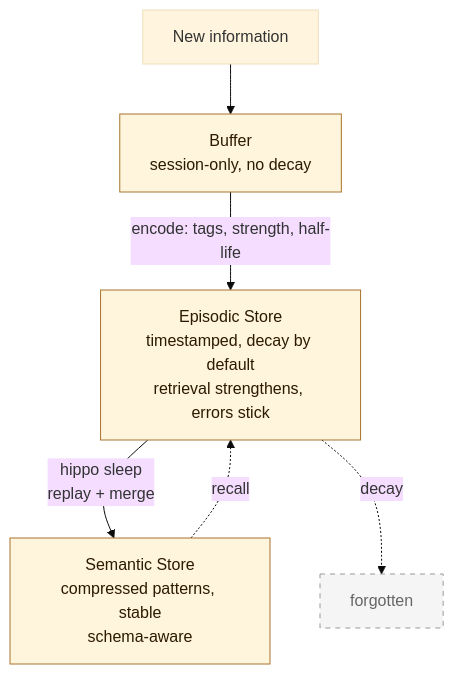
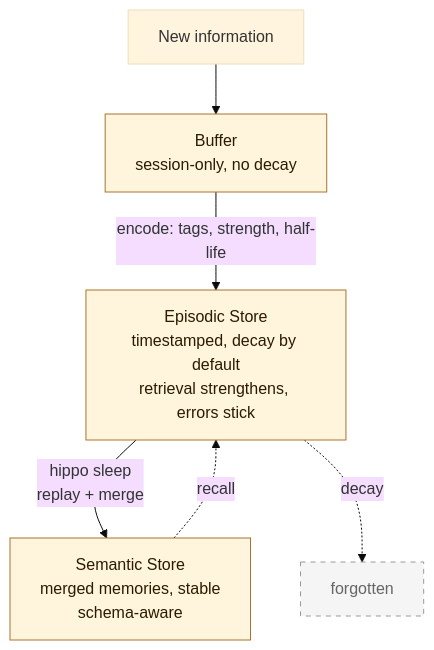
One commit to zqf20096327/dbhub_collect changed the first of 2 diagrams in data/readmes/kitfunso__hippo-memory.md. Above: the diagram before and after it, drawn with Mermaid (base theme). The commit also changed other lines of this file and 1757 other files, not shown here.

````diff
--- a/data/readmes/kitfunso__hippo-memory.md
+++ b/data/readmes/kitfunso__hippo-memory.md
@@ -265,12 +278,12 @@
 ```mermaid
 flowchart TD
     I[New information] --> B[Buffer<br/>session-only, no decay]
     B -->|encode: tags, strength, half-life| E[Episodic Store<br/>timestamped, decay by default<br/>retrieval strengthens, errors stick]
-    E -->|hippo sleep<br/>replay + merge| S[Semantic Store<br/>compressed patterns, stable<br/>schema-aware]
+    E -->|hippo sleep<br/>replay + merge| S[Semantic Store<br/>merged memories, stable<br/>schema-aware]
     E -.->|decay| X[forgotten]
     S -.->|recall| E
     classDef bio fill:#fff4dc,stroke:#a8742d,color:#2b1b00
     classDef forgotten fill:#f5f5f5,stroke:#999,color:#666,stroke-dasharray:5 5
     class B,E,S bio
     class X forgotten
 ```
````
